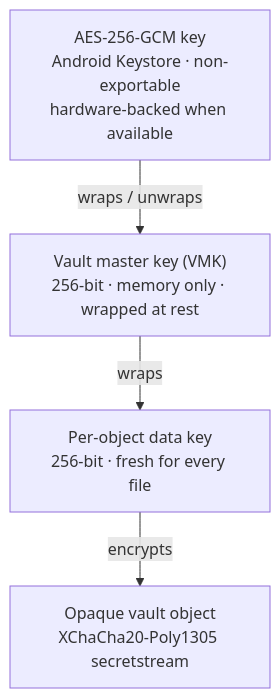
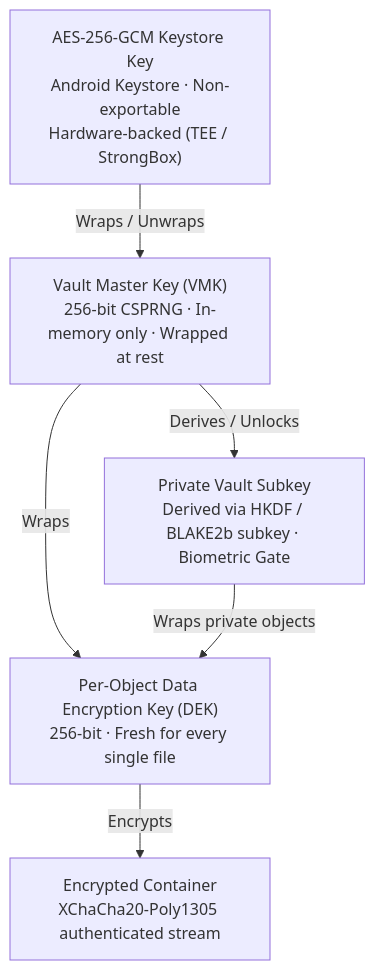
One commit to MZarc/Zarc changed the diagram in README.md. Above: the diagram before and after it, drawn with Mermaid. The commit also changed other lines of this file and 20 other files, not shown here.

Commit message:
feat: v1.0.0 release with Zero-Knowledge Private Vault, Andika font, haptics, and comprehensive documentation

````diff
--- a/README.md
+++ b/README.md
@@ -78,11 +87,14 @@
 ```mermaid
 flowchart TD
-    KEK["AES-256-GCM key<br/>Android Keystore · non-exportable<br/>hardware-backed when available"]
-    VMK["Vault master key (VMK)<br/>256-bit · memory only · wrapped at rest"]
-    DEK["Per-object data key<br/>256-bit · fresh for every file"]
-    OBJ["Opaque vault object<br/>XChaCha20-Poly1305 secretstream"]
+    KEK["AES-256-GCM Keystore Key<br/>Android Keystore · Non-exportable<br/>Hardware-backed (TEE / StrongBox)"]
+    VMK["Vault Master Key (VMK)<br/>256-bit CSPRNG · In-memory only · Wrapped at rest"]
+    PVK["Private Vault Subkey<br/>Derived via HKDF / BLAKE2b subkey · Biometric Gate"]
+    DEK["Per-Object Data Encryption Key (DEK)<br/>256-bit · Fresh for every single file"]
+    OBJ["Encrypted Container<br/>XChaCha20-Poly1305 authenticated stream"]
 
-    KEK -->|"wraps / unwraps"| VMK
-    VMK -->|"wraps"| DEK
-    DEK -->|"encrypts"| OBJ
+    KEK -->|"Wraps / Unwraps"| VMK
+    VMK -->|"Derives / Unlocks"| PVK
+    VMK -->|"Wraps"| DEK
+    PVK -->|"Wraps private objects"| DEK
+    DEK -->|"Encrypts"| OBJ
 ```
````
